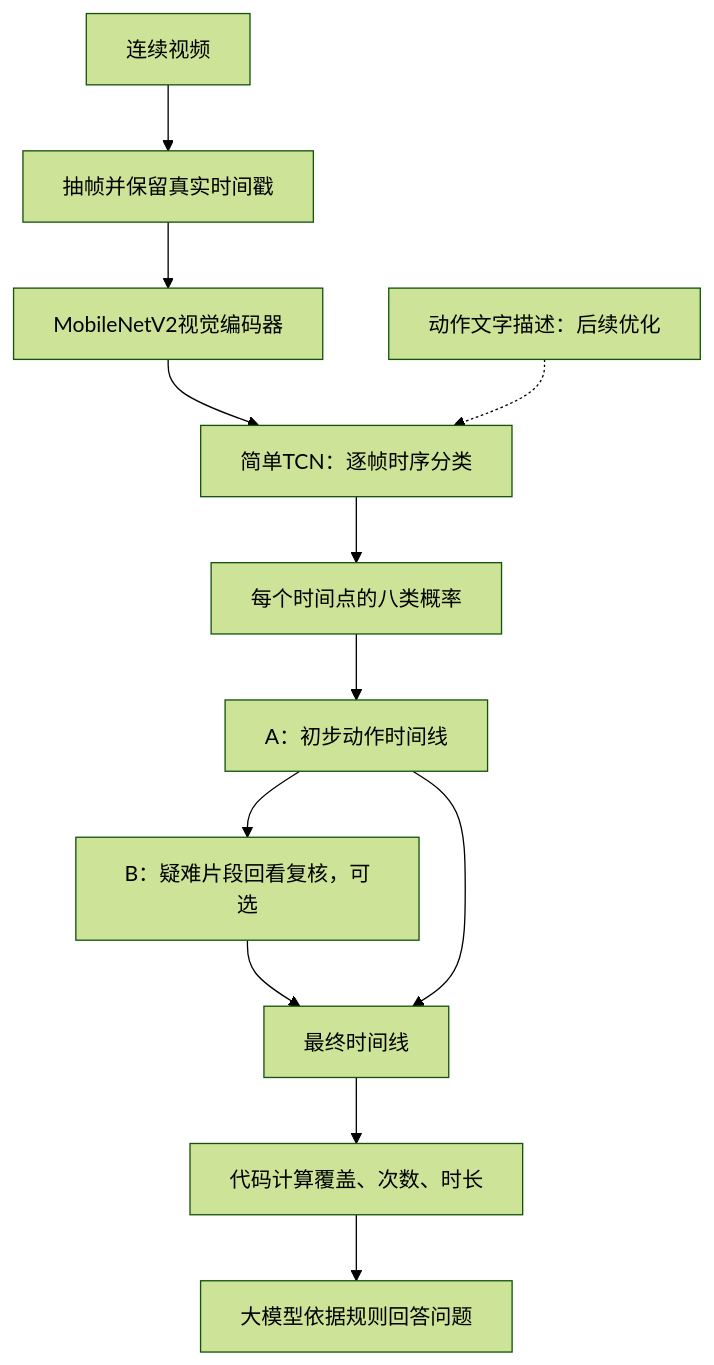
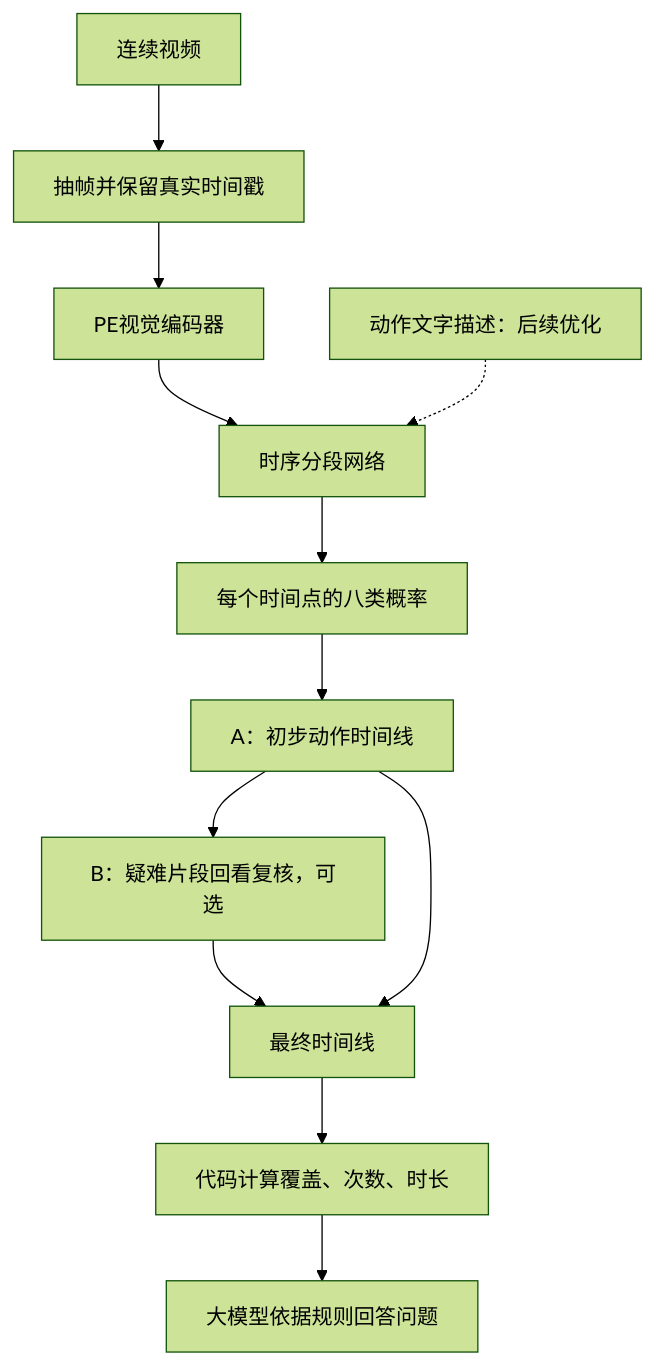
The diagram in docs/zh/MODEL_FRAMEWORK.md (Frostash030612/handwash-who-six-step), drawn with Mermaid (forest theme) before and after one commit. The commit also changed other lines of this file and 100 other files, not shown here.

````diff
--- a/docs/zh/MODEL_FRAMEWORK.md
+++ b/docs/zh/MODEL_FRAMEWORK.md
@@ -34,14 +30,14 @@
 ```mermaid
 flowchart TD
     V[连续视频] --> S[抽帧并保留真实时间戳]
-    S --> CNN[MobileNetV2视觉编码器]
-    CNN --> T[简单TCN：逐帧时序分类]
+    S --> PE[PE视觉编码器]
+    PE --> T[时序分段网络]
     T --> P[每个时间点的八类概率]
     P --> A[A：初步动作时间线]
     TXT[动作文字描述：后续优化] -.-> T
     A --> B[B：疑难片段回看复核，可选]
     B --> R[最终时间线]
     A --> R
     R --> C[代码计算覆盖、次数、时长]
     C --> Q[大模型依据规则回答问题]
 ```
````
